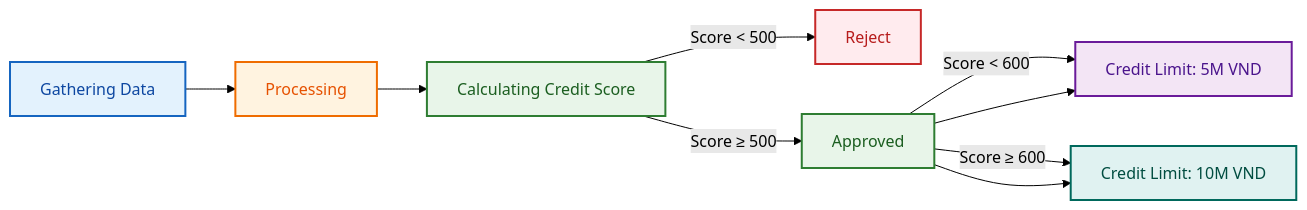
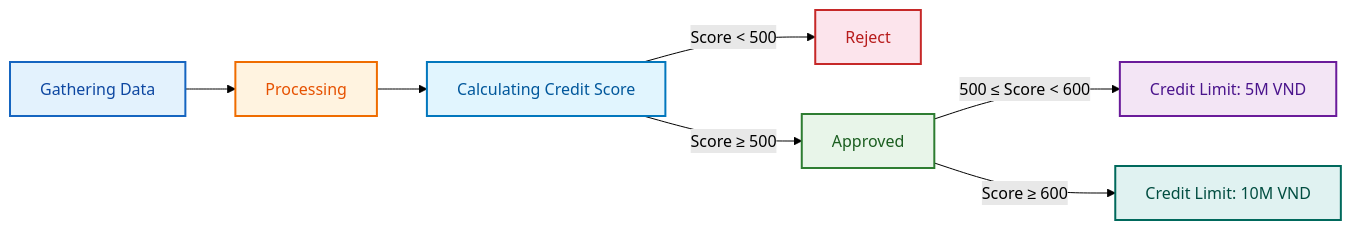
One commit to ductin2197/PYTHON_CreditScoringModel changed the diagram in README.md. Above: the diagram before and after it, drawn with Mermaid (forest theme).

Commit message:
README.md

````diff
--- a/README.md
+++ b/README.md
@@ -40,23 +40,20 @@
 ```mermaid
 flowchart LR
     A[Gathering Data] --> B[Processing]
     B --> C[Calculating Credit Score]
 
     C -->|Score < 500| D[Reject]
     C -->|Score ≥ 500| E[Approved]
 
-    E -->|Score < 600| F[Credit Limit: 5M VND]
+    E -->|500 ≤ Score < 600| F[Credit Limit: 5M VND]
     E -->|Score ≥ 600| G[Credit Limit: 10M VND]
-
-    E --> F[Credit Limit: 5M VND]
-    E --> G[Credit Limit: 10M VND]
 
     %% Styling (no white / black, no duplicate colors)
     style A fill:#E3F2FD,stroke:#1565C0,stroke-width:2px,color:#0D47A1
     style B fill:#FFF3E0,stroke:#EF6C00,stroke-width:2px,color:#E65100
-    style C fill:#E8F5E9,stroke:#2E7D32,stroke-width:2px,color:#1B5E20
-    style D fill:#FFEBEE,stroke:#C62828,stroke-width:2px,color:#B71C1C
+    style C fill:#E1F5FE,stroke:#0277BD,stroke-width:2px,color:#01579B
+    style D fill:#FCE4EC,stroke:#C62828,stroke-width:2px,color:#B71C1C
     style E fill:#E8F5E9,stroke:#2E7D32,stroke-width:2px,color:#1B5E20
     style F fill:#F3E5F5,stroke:#6A1B9A,stroke-width:2px,color:#4A148C
     style G fill:#E0F2F1,stroke:#00695C,stroke-width:2px,color:#004D40
 ```
````
